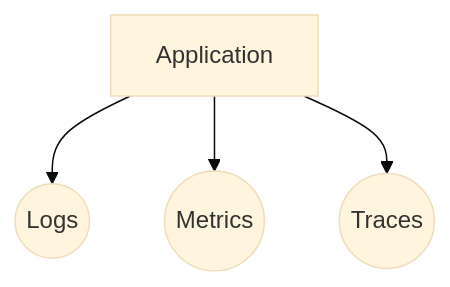
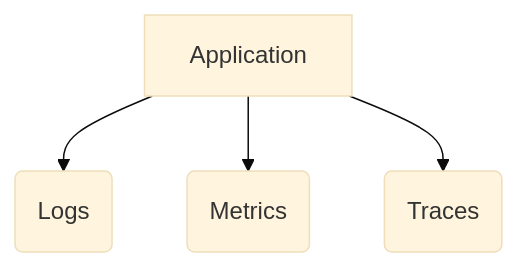
Before and after one commit to nais/doc: the first of 5 diagrams in docs/explanation/observability/README.md, drawn with Mermaid (base theme). The commit also changed other lines of this file and 9 other files, not shown here.

````diff
--- a/docs/explanation/observability/README.md
+++ b/docs/explanation/observability/README.md
@@ -25,10 +27,10 @@
 ```mermaid
 graph
-  A[Application] --> B((Logs))
-  A --> C((Metrics))
-  A --> D((Traces))
+  A[Application] --> B(Logs)
+  A --> C(Metrics)
+  A --> D(Traces)
 
   click B "#logs"
   click C "#metrics"
   click D "#traces"
 ```
````
